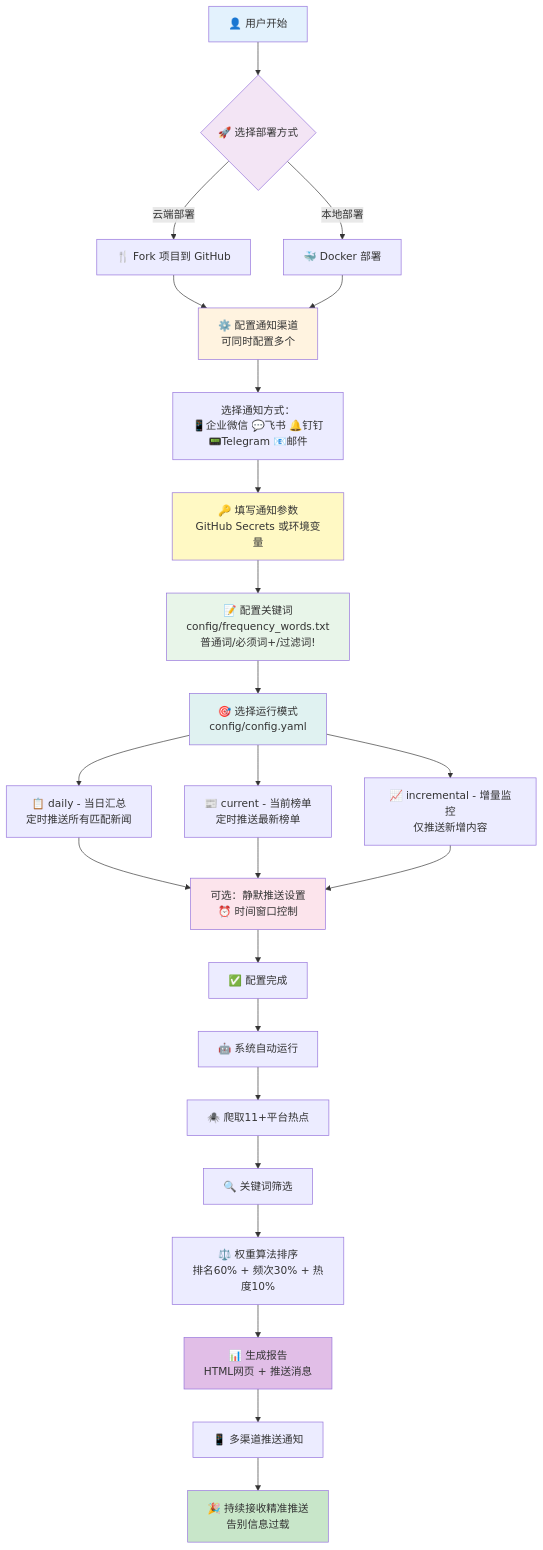
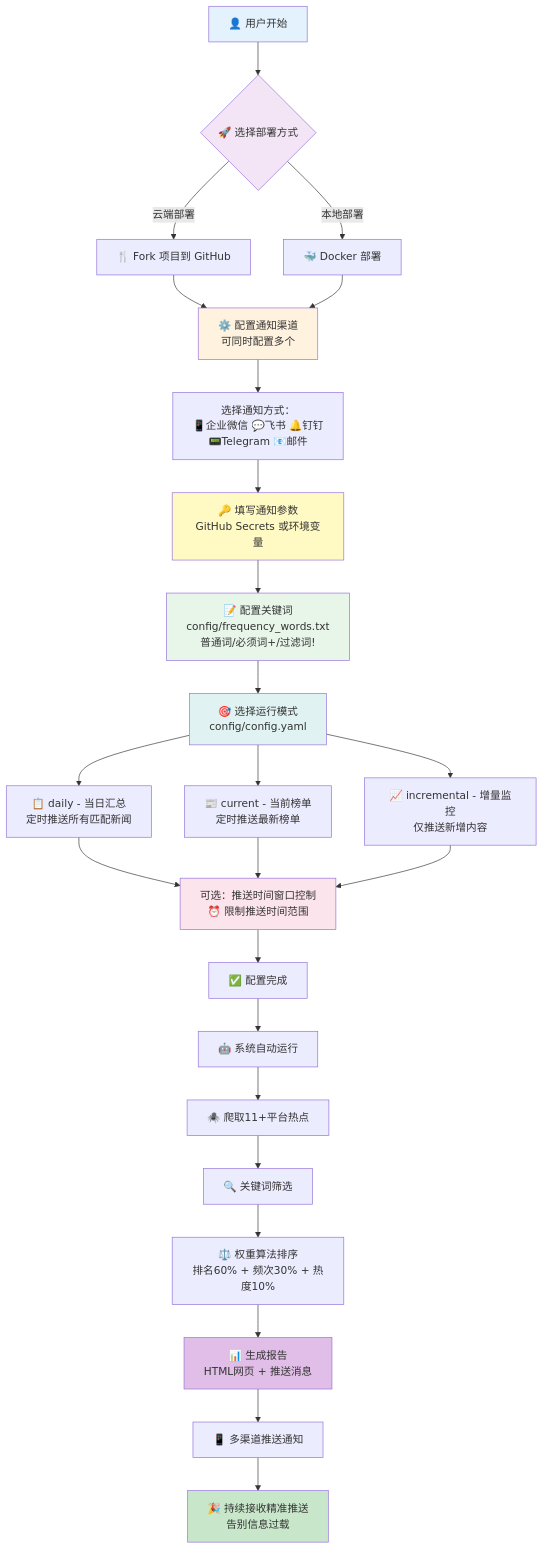
One commit to carrot-peace/PtilopsisRadar changed the diagram in readme.md. Above: the diagram before and after it, drawn with Mermaid. The commit also changed other lines of this file and 3 other files, not shown here.

````diff
--- a/readme.md
+++ b/readme.md
@@ -1251,48 +1272,48 @@
 ```mermaid
 flowchart TD
     A[👤 用户开始] --> B{🚀 选择部署方式}
     
     B -->|云端部署| C1[🍴 Fork 项目到 GitHub]
     B -->|本地部署| C2[🐳 Docker 部署]
     
     C1 --> D[⚙️ 配置通知渠道<br/>可同时配置多个]
     C2 --> D
     
     D --> E[选择通知方式：<br/>📱企业微信 💬飞书 🔔钉钉<br/>📟Telegram 📧邮件]
     
     E --> F[🔑 填写通知参数<br/>GitHub Secrets 或环境变量]
     
     F --> G[📝 配置关键词<br/>config/frequency_words.txt<br/>普通词/必须词+/过滤词!]
     
     G --> H[🎯 选择运行模式<br/>config/config.yaml]
     
     H --> H1[📋 daily - 当日汇总<br/>定时推送所有匹配新闻]
     H --> H2[📰 current - 当前榜单<br/>定时推送最新榜单]
     H --> H3[📈 incremental - 增量监控<br/>仅推送新增内容]
     
-    H1 --> I[可选：静默推送设置<br/>⏰ 时间窗口控制]
+    H1 --> I[可选：推送时间窗口控制<br/>⏰ 限制推送时间范围]
     H2 --> I
     H3 --> I
     
     I --> J[✅ 配置完成]
     
     J --> K[🤖 系统自动运行]
     
     K --> L[🕷️ 爬取11+平台热点]
     L --> M[🔍 关键词筛选]
     M --> N[⚖️ 权重算法排序<br/>排名60% + 频次30% + 热度10%]
     N --> O[📊 生成报告<br/>HTML网页 + 推送消息]
     O --> P[📱 多渠道推送通知]
     
     P --> Q[🎉 持续接收精准推送<br/>告别信息过载]
     
     style A fill:#e3f2fd
     style B fill:#f3e5f5
     style D fill:#fff3e0
     style F fill:#fff9c4
     style G fill:#e8f5e9
     style H fill:#e0f2f1
     style I fill:#fce4ec
     style O fill:#e1bee7
     style Q fill:#c8e6c9
 ```
````
